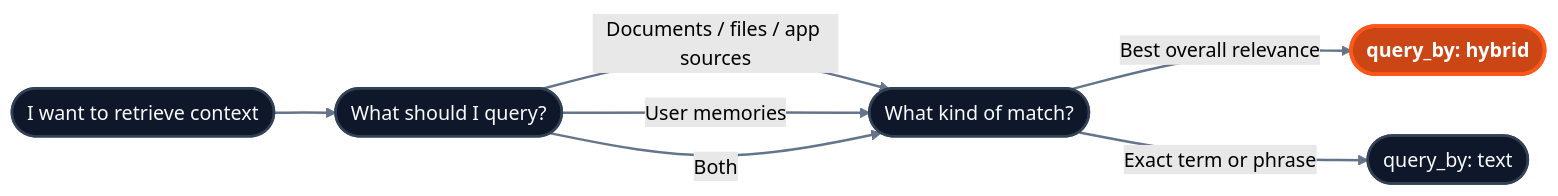
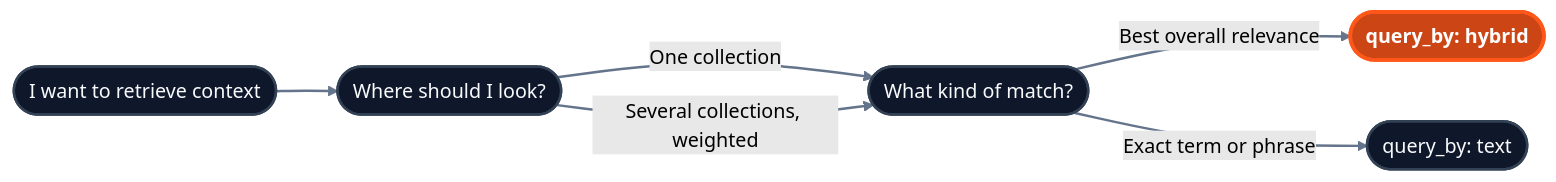
Before and after one commit to hydra-db/mintlify-docs: the diagram in api-reference/v2/endpoint/query-overview.mdx, drawn with Mermaid (forest theme). The commit also changed other lines of this file and 19 other files, not shown here.

````diff
--- a/api-reference/v2/endpoint/query-overview.mdx
+++ b/api-reference/v2/endpoint/query-overview.mdx
@@ -10,23 +10,22 @@
 ```mermaid
 flowchart LR
 
 classDef standard fill:#0f172a,stroke:#334155,stroke-width:2px,color:#f8fafc;
 classDef innovation fill:#CC4515,stroke:#FF571A,stroke-width:3px,color:#ffffff,font-weight:bold;
 
 Q([I want to retrieve context])
-S([What should I query?])
+S([Where should I look?])
 M([What kind of match?])
 H([query_by: hybrid])
 T([query_by: text])
 
 Q --> S
-S -- "Documents / files / app sources" --> M
-S -- "User memories" --> M
-S -- "Both" --> M
+S -- "One collection" --> M
+S -- "Several collections, weighted" --> M
 M -- "Best overall relevance" --> H
 M -- "Exact term or phrase" --> T
 
 class Q,S,M,T standard;
 class H innovation;
 linkStyle default stroke:#64748b,stroke-width:2px;
 ```
````
